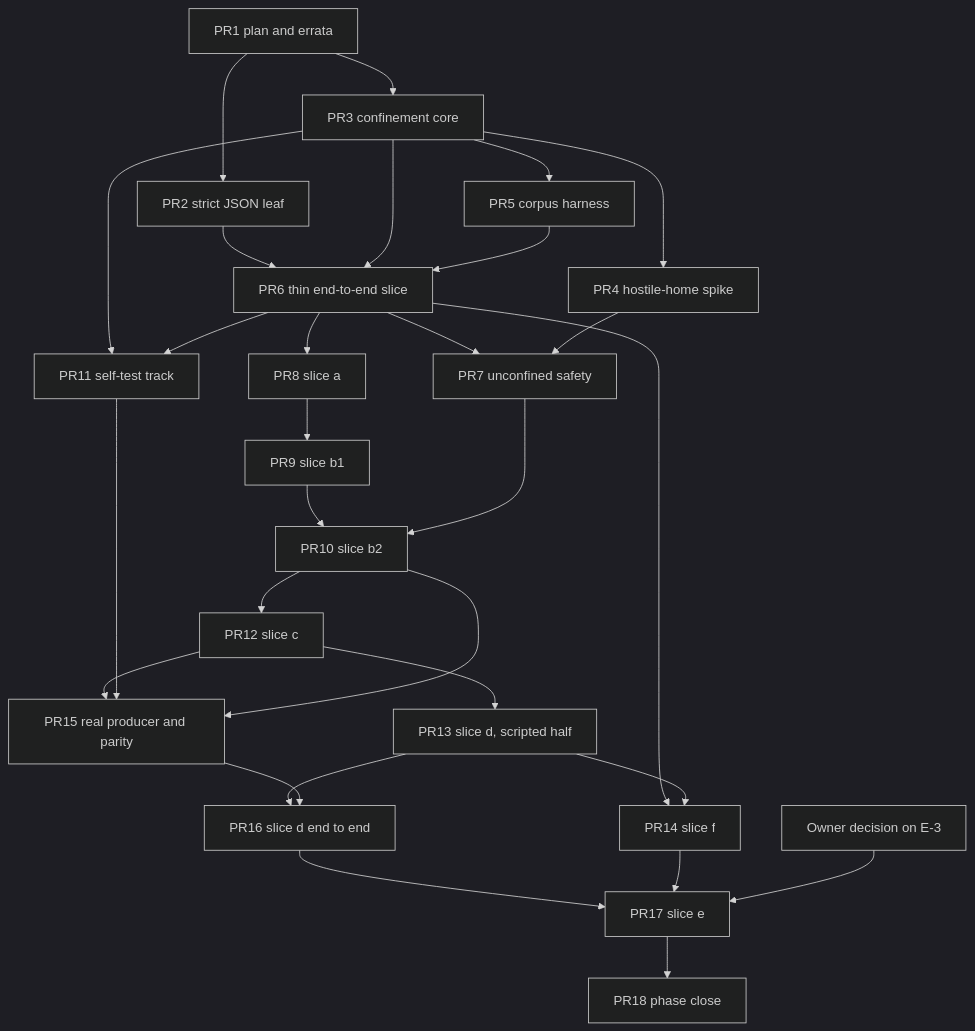
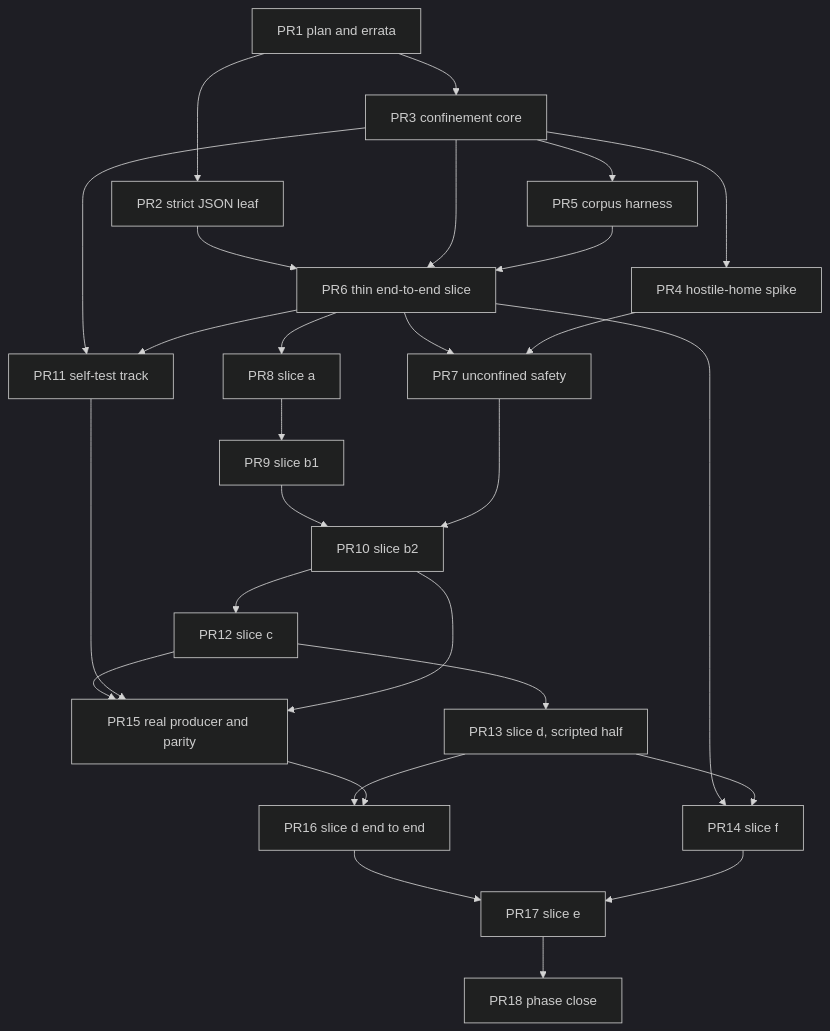
Before and after one commit to vinnyp/press-quality-lab: the diagram in docs/plans/2026-11-24-2115-feat-grade-command-plan.md, drawn with Mermaid (dark theme). The commit also changed other lines of this file and 1 other file, not shown here.

First line of the commit message:
docs: record the owner's phase 3 readings in the errata note

````diff
--- a/docs/plans/2026-11-24-2115-feat-grade-command-plan.md
+++ b/docs/plans/2026-11-24-2115-feat-grade-command-plan.md
@@ -322,31 +324,30 @@
 ```mermaid
 flowchart TB
   P[PR1 plan and errata] --> J[PR2 strict JSON leaf]
   P --> K[PR3 confinement core]
   K --> H[PR5 corpus harness]
   K --> S1[PR4 hostile-home spike]
   J --> T[PR6 thin end-to-end slice]
   K --> T
   H --> T
   T --> U[PR7 unconfined safety]
   S1 --> U
   T --> A[PR8 slice a]
   A --> B1[PR9 slice b1]
   K --> ST[PR11 self-test track]
   T --> ST
   B1 --> B2[PR10 slice b2]
   U --> B2
   B2 --> C[PR12 slice c]
   C --> DS[PR13 slice d, scripted half]
   T --> F[PR14 slice f]
   DS --> F
   C --> RP[PR15 real producer and parity]
   ST --> RP
   B2 --> RP
   DS --> D[PR16 slice d end to end]
   RP --> D
   D --> E[PR17 slice e]
   F --> E
-  O[Owner decision on E-3] --> E
   E --> Z[PR18 phase close]
 ```
````
